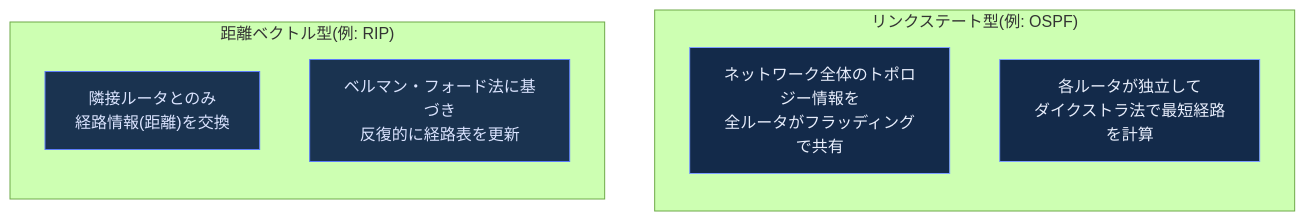
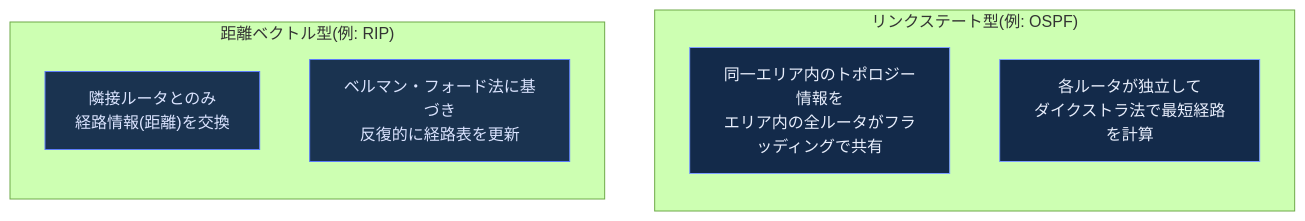
Before and after one commit to myoshi2891/Cloud-Infrastructure-Studies: diagram 22 of 41 in Computer-networking-topdown-guide.md, drawn with Mermaid (forest theme). The commit also changed other lines of this file, not shown here.

Commit message:
docs(networking): refine RPKI stats, PQC naming, and IDS/IPS diagram in top-down guide

````diff
--- a/Computer-networking-topdown-guide.md
+++ b/Computer-networking-topdown-guide.md
@@ -642,18 +642,18 @@
 ```mermaid
 flowchart TB
     subgraph LS["リンクステート型(例: OSPF)"]
         direction TB
-        LS1["ネットワーク全体のトポロジー情報を<br/>全ルータがフラッディングで共有"]
+        LS1["同一エリア内のトポロジー情報を<br/>エリア内の全ルータがフラッディングで共有"]
         LS2["各ルータが独立して<br/>ダイクストラ法で最短経路を計算"]
     end
     subgraph DV["距離ベクトル型(例: RIP)"]
         direction TB
         DV1["隣接ルータとのみ<br/>経路情報(距離)を交換"]
         DV2["ベルマン・フォード法に基づき<br/>反復的に経路表を更新"]
     end
 
     classDef lsFill fill:#132a4a,stroke:#7c9eff,color:#e8eefc
     classDef dvFill fill:#1a3350,stroke:#5c7cfa,color:#dbe4ff
     class LS1,LS2 lsFill
     class DV1,DV2 dvFill
 ```
````
